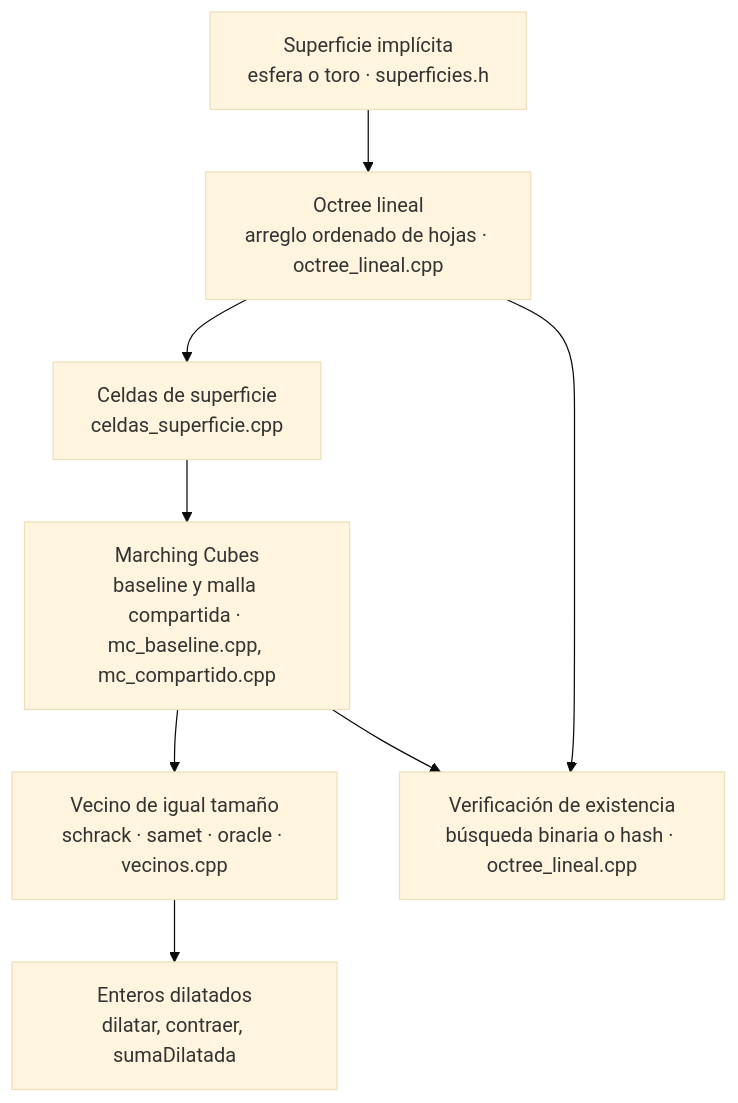
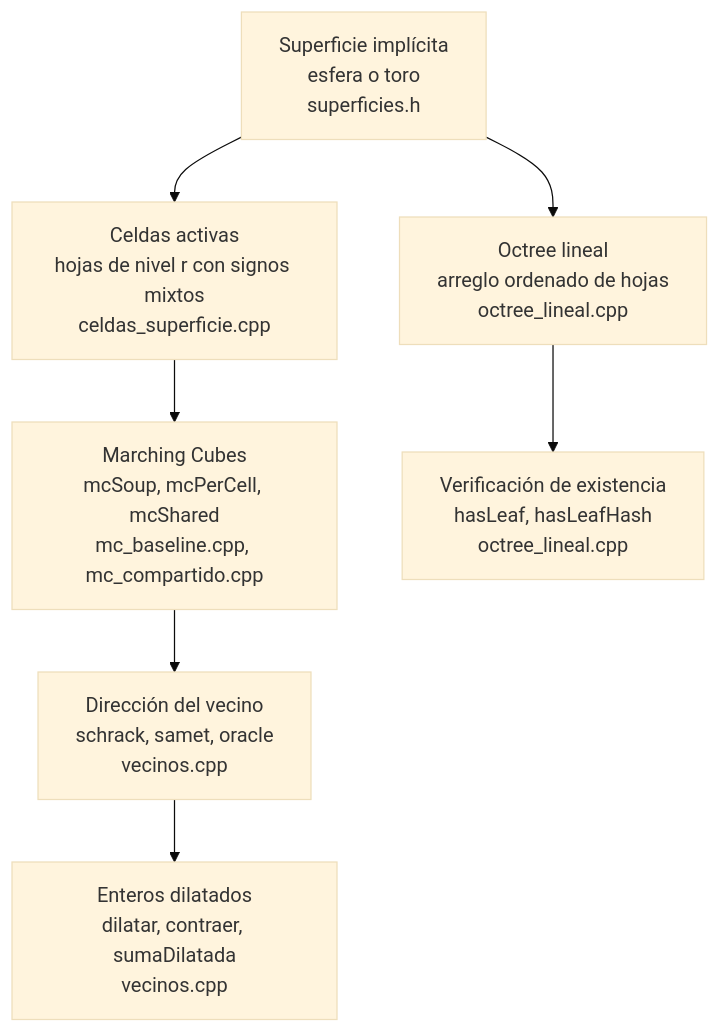
The second of 7 diagrams in README.md (iranalvarez27/Proyecto-EDA), drawn with Mermaid (base theme) before and after one commit. The commit also changed other lines of this file and 25 other files, not shown here.

````diff
--- a/README.md
+++ b/README.md
@@ -37,10 +81,9 @@
 ```mermaid
 flowchart TD
-    SUP["Superficie implícita<br/>esfera o toro · superficies.h"] --> OCT["Octree lineal<br/>arreglo ordenado de hojas · octree_lineal.cpp"]
-    OCT --> CEL["Celdas de superficie<br/>celdas_superficie.cpp"]
-    CEL --> MC["Marching Cubes<br/>baseline y malla compartida · mc_baseline.cpp, mc_compartido.cpp"]
-    MC --> VEC["Vecino de igual tamaño<br/>schrack · samet · oracle · vecinos.cpp"]
-    MC --> EXI["Verificación de existencia<br/>búsqueda binaria o hash · octree_lineal.cpp"]
-    OCT --> EXI
-    VEC --> DIL["Enteros dilatados<br/>dilatar, contraer, sumaDilatada"]
+    SUP["Superficie implícita<br/>esfera o toro<br/>superficies.h"] --> OCT["Octree lineal<br/>arreglo ordenado de hojas<br/>octree_lineal.cpp"]
+    SUP --> CEL["Celdas activas<br/>hojas de nivel r con signos mixtos<br/>celdas_superficie.cpp"]
+    CEL --> MC["Marching Cubes<br/>mcSoup, mcPerCell, mcShared<br/>mc_baseline.cpp, mc_compartido.cpp"]
+    MC --> VEC["Dirección del vecino<br/>schrack, samet, oracle<br/>vecinos.cpp"]
+    OCT --> EXI["Verificación de existencia<br/>hasLeaf, hasLeafHash<br/>octree_lineal.cpp"]
+    VEC --> DIL["Enteros dilatados<br/>dilatar, contraer, sumaDilatada<br/>vecinos.cpp"]
 ```
````
